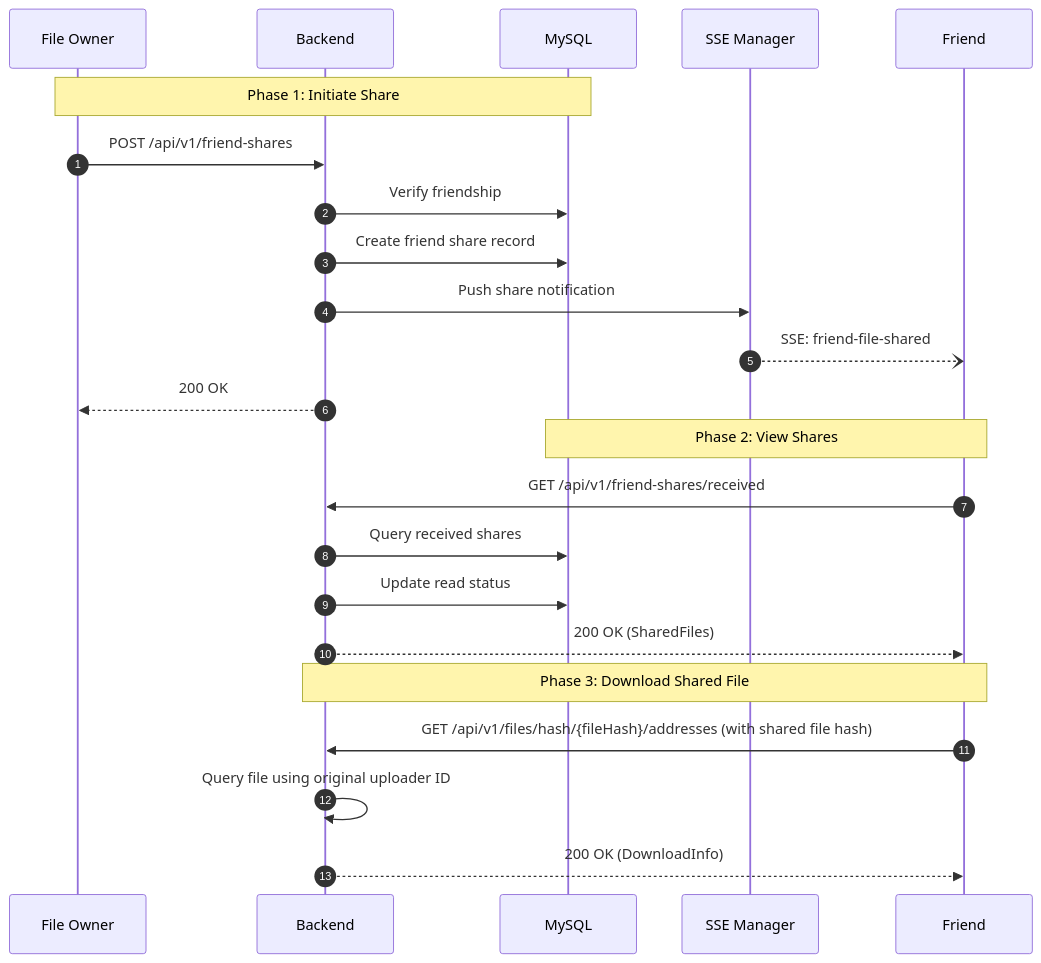
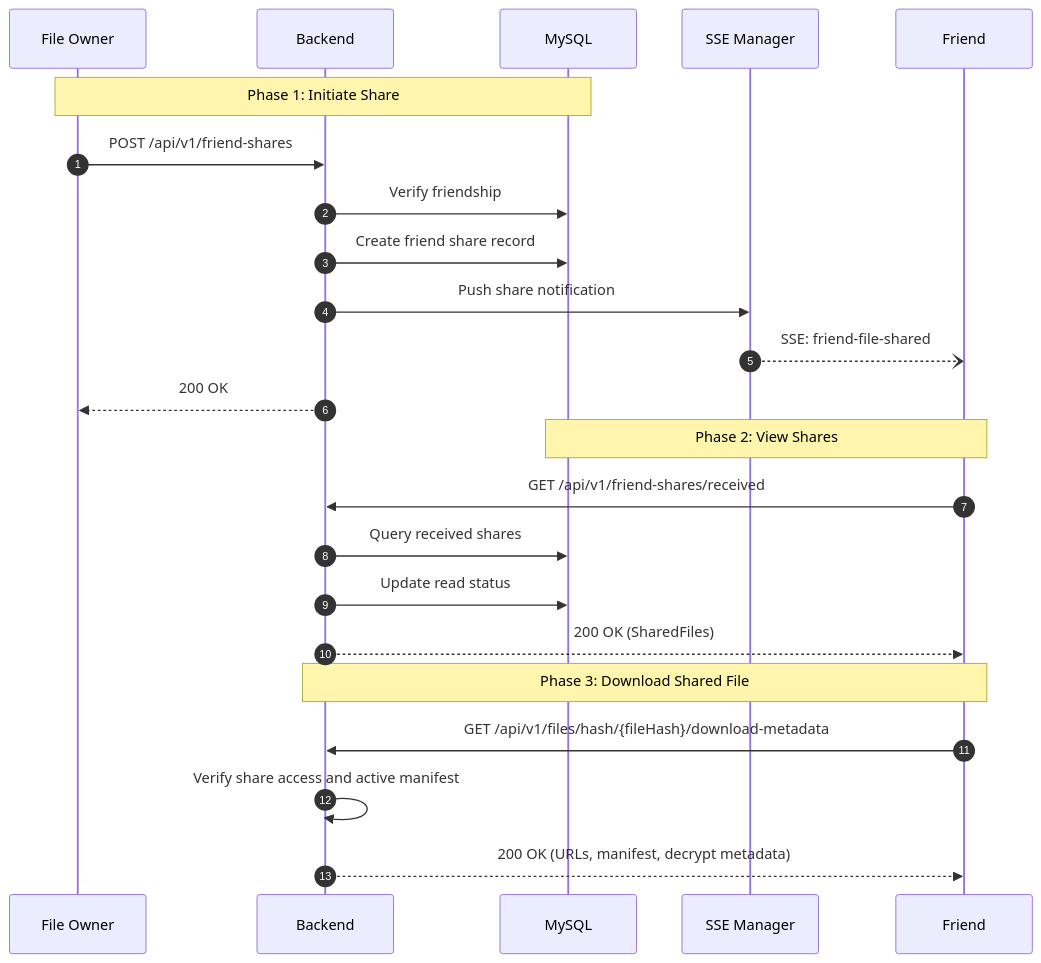
Before and after one commit to SoarCollab/RecordPlatform: the fifth of 9 diagrams in docs/en/architecture/system-overview.md, drawn with Mermaid. The commit also changed other lines of this file and 10 other files, not shown here.

Commit message:
docs: align contracts with strict upload flows

````diff
--- a/docs/en/architecture/system-overview.md
+++ b/docs/en/architecture/system-overview.md
@@ -216,29 +235,29 @@
 ```mermaid
 sequenceDiagram
     autonumber
 
     participant Owner as File Owner
     participant Backend
     participant DB as MySQL
     participant SSE as SSE Manager
     participant Friend
 
     Note over Owner, DB: Phase 1: Initiate Share
     Owner->>Backend: POST /api/v1/friend-shares
     Backend->>DB: Verify friendship
     Backend->>DB: Create friend share record
     Backend->>SSE: Push share notification
     SSE--)Friend: SSE: friend-file-shared
     Backend-->>Owner: 200 OK
 
     Note over Friend, DB: Phase 2: View Shares
     Friend->>Backend: GET /api/v1/friend-shares/received
     Backend->>DB: Query received shares
     Backend->>DB: Update read status
     Backend-->>Friend: 200 OK (SharedFiles)
 
     Note over Friend, Backend: Phase 3: Download Shared File
-    Friend->>Backend: GET /api/v1/files/hash/{fileHash}/addresses (with shared file hash)
-    Backend->>Backend: Query file using original uploader ID
-    Backend-->>Friend: 200 OK (DownloadInfo)
+    Friend->>Backend: GET /api/v1/files/hash/{fileHash}/download-metadata
+    Backend->>Backend: Verify share access and active manifest
+    Backend-->>Friend: 200 OK (URLs, manifest, decrypt metadata)
 ```
````
